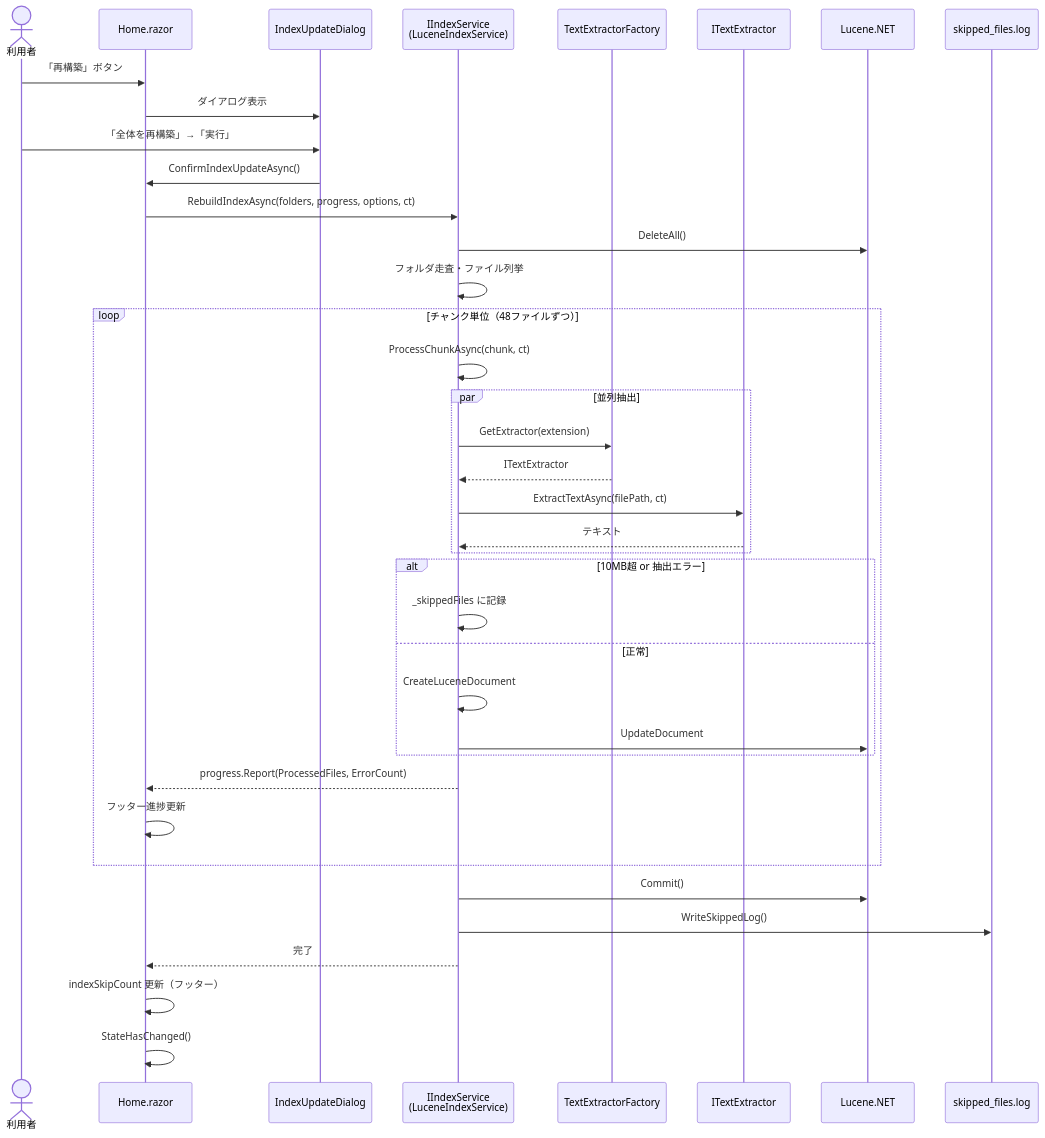
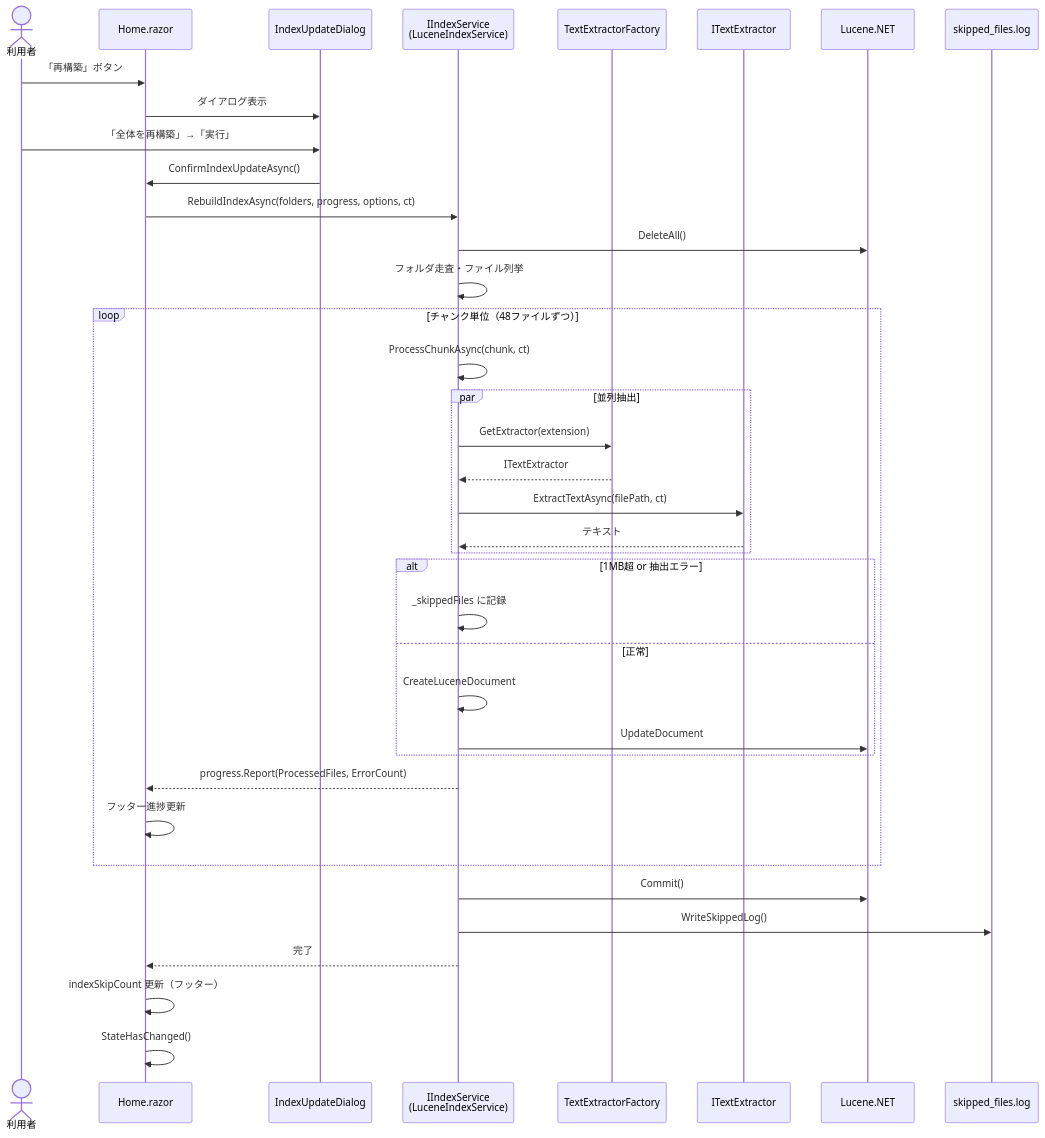
Before and after one commit to zndmonya-dot/FileSearchApp-: the seventh of 15 diagrams in docs/UML図.md, drawn with Mermaid. The commit also changed other lines of this file and 15 other files, not shown here.

````diff
--- a/docs/UML図.md
+++ b/docs/UML図.md
@@ -450,47 +455,47 @@
 ```mermaid
 sequenceDiagram
     actor User as 利用者
     participant Home as Home.razor
     participant Dialog as IndexUpdateDialog
     participant Index as IIndexService<br/>(LuceneIndexService)
     participant Factory as TextExtractorFactory
     participant Ext as ITextExtractor
     participant Lucene as Lucene.NET
     participant Log as skipped_files.log
 
     User->>Home: 「再構築」ボタン
     Home->>Dialog: ダイアログ表示
     User->>Dialog: 「全体を再構築」→「実行」
     Dialog->>Home: ConfirmIndexUpdateAsync()
     Home->>Index: RebuildIndexAsync(folders, progress, options, ct)
     Index->>Lucene: DeleteAll()
     Index->>Index: フォルダ走査・ファイル列挙
 
     loop チャンク単位（48ファイルずつ）
         Index->>Index: ProcessChunkAsync(chunk, ct)
 
         par 並列抽出
             Index->>Factory: GetExtractor(extension)
             Factory-->>Index: ITextExtractor
             Index->>Ext: ExtractTextAsync(filePath, ct)
             Ext-->>Index: テキスト
         end
 
-        alt 10MB超 or 抽出エラー
+        alt 1MB超 or 抽出エラー
             Index->>Index: _skippedFiles に記録
         else 正常
             Index->>Index: CreateLuceneDocument
             Index->>Lucene: UpdateDocument
         end
 
         Index-->>Home: progress.Report(ProcessedFiles, ErrorCount)
         Home->>Home: フッター進捗更新
     end
 
     Index->>Lucene: Commit()
     Index->>Log: WriteSkippedLog()
     Index-->>Home: 完了
 
     Home->>Home: indexSkipCount 更新（フッター）
     Home->>Home: StateHasChanged()
 ```
````
